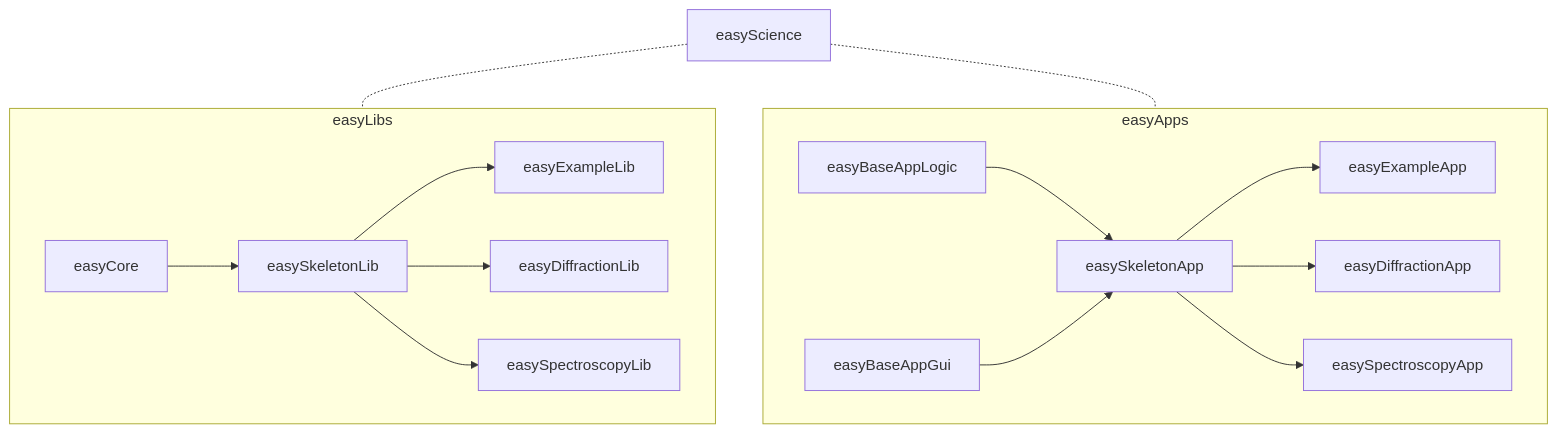
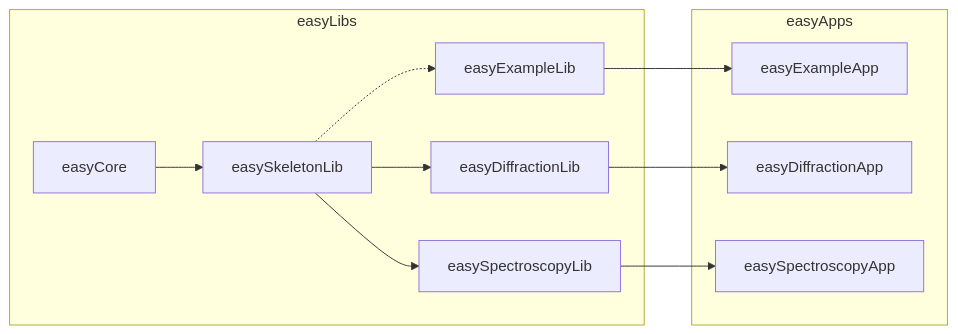
One commit to easyScience/easyScience changed the second of 4 diagrams in easyScience.md. Above: the diagram before and after it, drawn with Mermaid. The commit also changed other lines of this file, not shown here.

````diff
--- a/easyScience.md
+++ b/easyScience.md
@@ -7,27 +31,20 @@
 ```mermaid
-flowchart TD 
+flowchart LR
+	subgraph easyLibs
 
-	easyScience -.- easyLibs
-	easyScience -.- easyApps
+		easyCore --> easySkeletonLib
 
-	subgraph easyLibs
-	
-	easyCore --> easySkeletonLib
-
-	easySkeletonLib --> easyExampleLib
-	easySkeletonLib --> easyDiffractionLib
-	easySkeletonLib --> easySpectroscopyLib
+		easySkeletonLib -.-> easyExampleLib
+		easySkeletonLib --> easyDiffractionLib
+		easySkeletonLib --> easySpectroscopyLib
 
 	end
 
 	subgraph easyApps
 
-	easyBaseAppLogic --> easySkeletonApp
-	easyBaseAppGui --> easySkeletonApp
-
-	easySkeletonApp --> easyExampleApp
-	easySkeletonApp --> easyDiffractionApp
-	easySkeletonApp --> easySpectroscopyApp
+		easyExampleLib --> easyExampleApp
+		easyDiffractionLib --> easyDiffractionApp
+		easySpectroscopyLib --> easySpectroscopyApp
 
 	end
 ```
````
